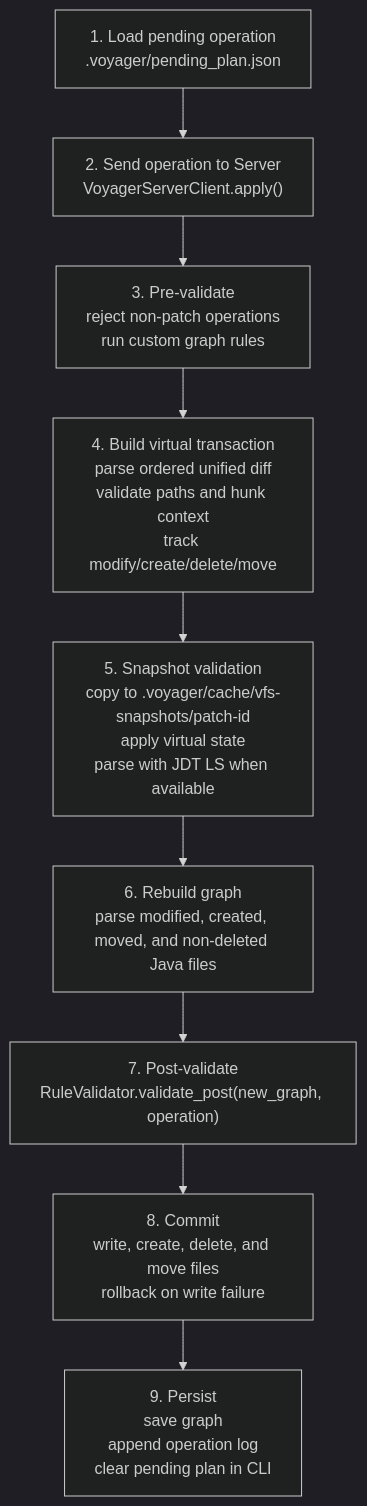
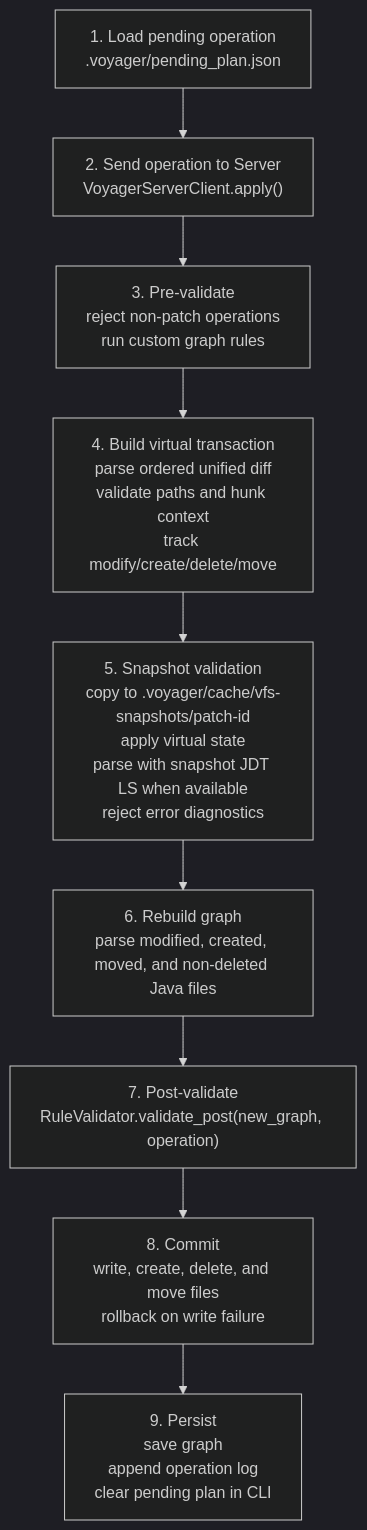
The second of 3 diagrams in designs/V1/Apply Pipeline.md (Dino-Stark/voyager), drawn with Mermaid (dark theme) before and after one commit. The commit also changed other lines of this file and 11 other files, not shown here.

````diff
--- a/designs/V1/Apply Pipeline.md
+++ b/designs/V1/Apply Pipeline.md
@@ -26,14 +26,14 @@
 ```mermaid
 flowchart TD
     load["1. Load pending operation<br/>.voyager/pending_plan.json"]
     send["2. Send operation to Server<br/>VoyagerServerClient.apply()"]
     pre["3. Pre-validate<br/>reject non-patch operations<br/>run custom graph rules"]
     tx["4. Build virtual transaction<br/>parse ordered unified diff<br/>validate paths and hunk context<br/>track modify/create/delete/move"]
-    snapshot["5. Snapshot validation<br/>copy to .voyager/cache/vfs-snapshots/patch-id<br/>apply virtual state<br/>parse with JDT LS when available"]
+    snapshot["5. Snapshot validation<br/>copy to .voyager/cache/vfs-snapshots/patch-id<br/>apply virtual state<br/>parse with snapshot JDT LS when available<br/>reject error diagnostics"]
     rebuild["6. Rebuild graph<br/>parse modified, created, moved, and non-deleted Java files"]
     post["7. Post-validate<br/>RuleValidator.validate_post(new_graph, operation)"]
     commit["8. Commit<br/>write, create, delete, and move files<br/>rollback on write failure"]
     persist["9. Persist<br/>save graph<br/>append operation log<br/>clear pending plan in CLI"]
 
     load --> send --> pre --> tx --> snapshot --> rebuild --> post --> commit --> persist
 ```
````
